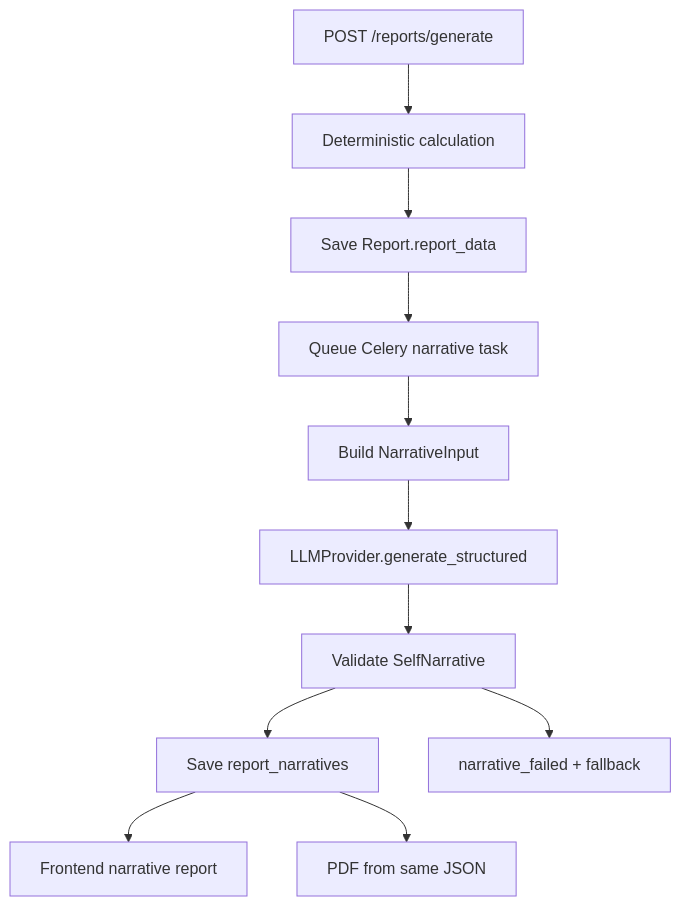
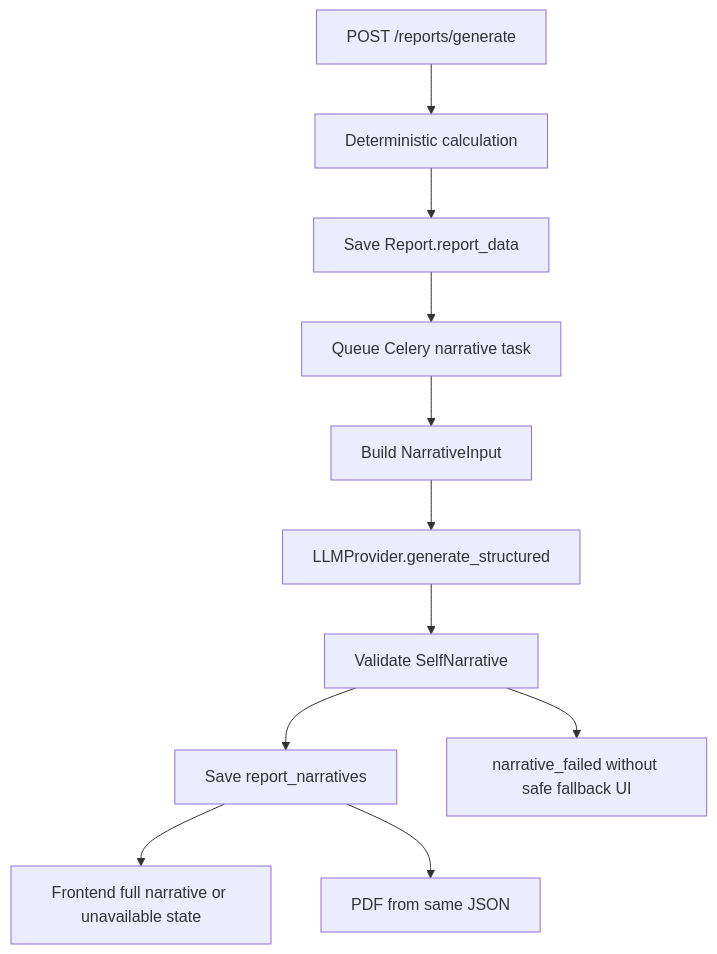
The diagram in docs/SRS/SRS-E11-llm-report-narrative.md (fixemer90-stack/Archemap), drawn with Mermaid before and after one commit. The commit also changed other lines of this file and 33 other files, not shown here.

Commit message:
docs(report): refresh narrative specs and workflows

````diff
--- a/docs/SRS/SRS-E11-llm-report-narrative.md
+++ b/docs/SRS/SRS-E11-llm-report-narrative.md
@@ -61,13 +61,13 @@
 ```mermaid
 flowchart TD
     Generate[POST /reports/generate] --> Calc[Deterministic calculation]
     Calc --> SaveReport[Save Report.report_data]
     SaveReport --> Queue[Queue Celery narrative task]
     Queue --> Input[Build NarrativeInput]
     Input --> Provider[LLMProvider.generate_structured]
     Provider --> Validate[Validate SelfNarrative]
     Validate --> Store[Save report_narratives]
-    Store --> UI[Frontend narrative report]
+    Store --> UI[Frontend full narrative or unavailable state]
     Store --> PDF[PDF from same JSON]
-    Validate --> Failed[narrative_failed + fallback]
+    Validate --> Failed[narrative_failed without safe fallback UI]
 ```
````
